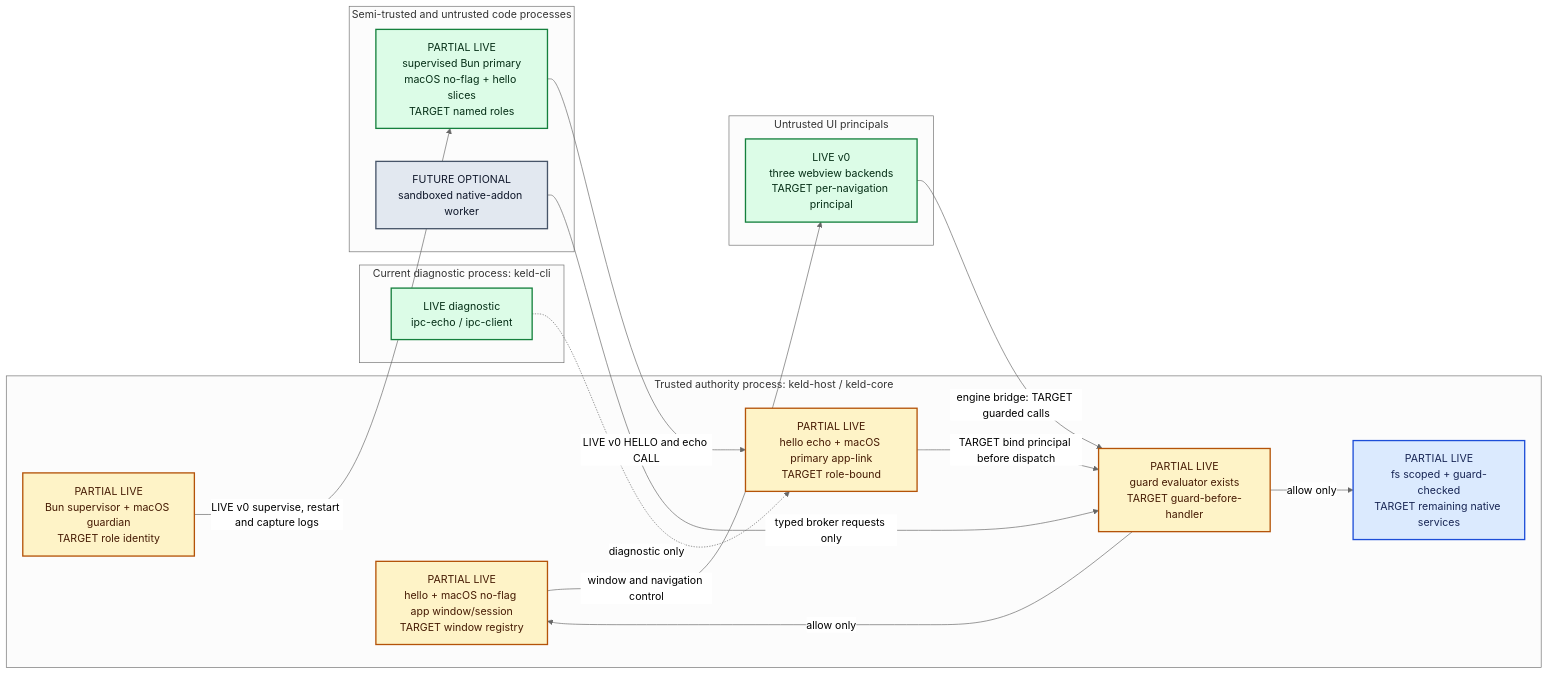
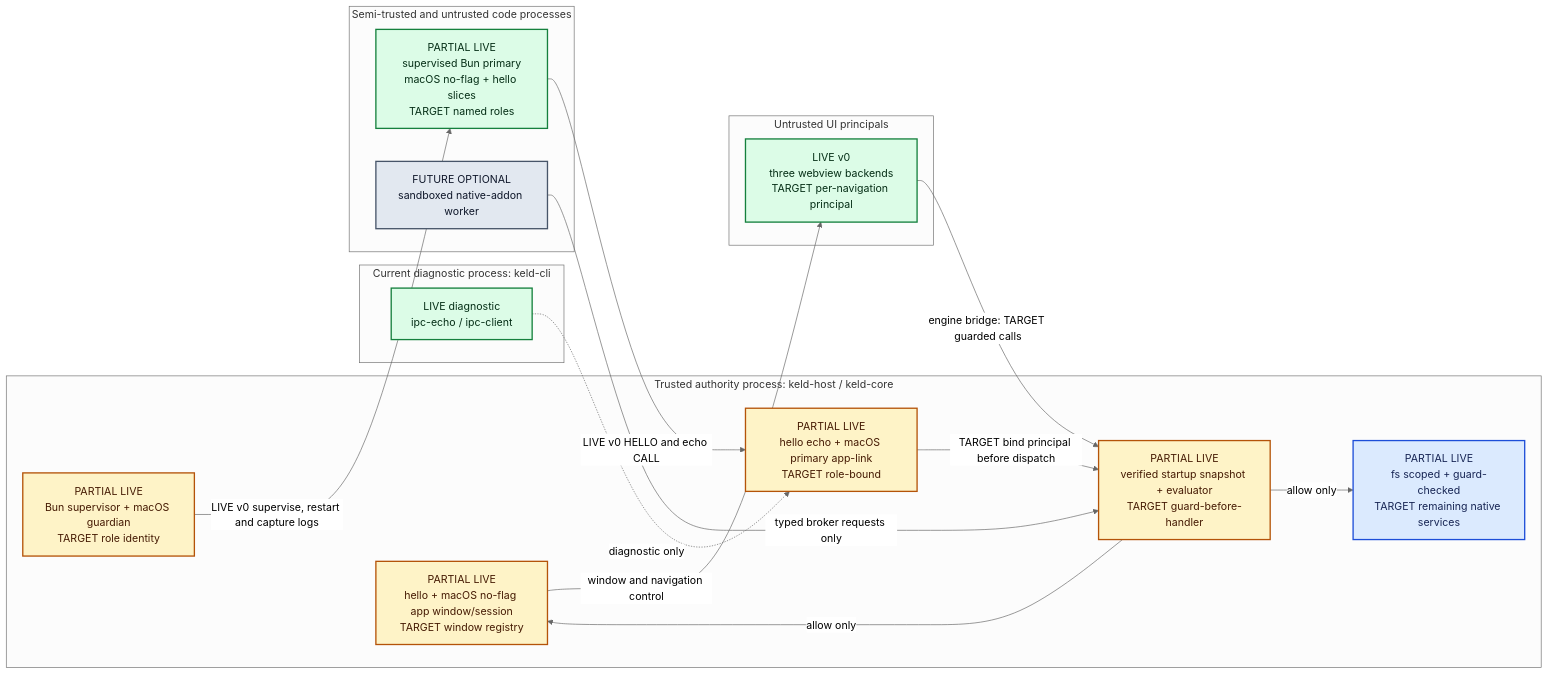
Before and after one commit to gyldlab/keld: the diagram in docs/architecture/01-overview.md, drawn with Mermaid (neutral theme). The commit also changed other lines of this file and 15 other files, not shown here.

First line of the commit message:
feat(guard): enforce verified host startup (#115)

````diff
--- a/docs/architecture/01-overview.md
+++ b/docs/architecture/01-overview.md
@@ -9,55 +9,56 @@
 ```mermaid
 flowchart LR
     accTitle: Keld process and trust topology
     accDescr {
       The trusted Rust host owns privileged resources and mediates webview and Bun-role
       requests. The live v0 slice has three webview backends, a guard evaluator, a
       host-owned token-authenticated echo link co-lived with the hello window (KEL-30),
-      the macOS no-flag validated host/window/primary-session slice (KEL-96 T1a/T1b),
+      the macOS no-flag validated host/window/primary-session slice (KEL-96 T1a/T1b)
+      with KEL-102/T2's verified immutable startup policy snapshot,
       KEL-70/KEL-116 supervision, and guard-checked scoped filesystem access (KEL-71).
       Full role-bound app-link identity, guarded role
       dispatch, the remaining native services, and an optional sandboxed native-addon
       worker remain destination behavior.
     }
 
     subgraph Host["Trusted authority process: keld-host / keld-core"]
         Core["PARTIAL LIVE<br/>hello + macOS no-flag app window/session<br/>TARGET window registry"]
         Link["PARTIAL LIVE<br/>hello echo + macOS primary app-link<br/>TARGET role-bound"]
-        Guard["PARTIAL LIVE<br/>guard evaluator exists<br/>TARGET guard-before-handler"]
+        Guard["PARTIAL LIVE<br/>verified startup snapshot + evaluator<br/>TARGET guard-before-handler"]
         Native["PARTIAL LIVE<br/>fs scoped + guard-checked<br/>TARGET remaining native services"]
         Runtime["PARTIAL LIVE<br/>Bun supervisor + macOS guardian<br/>TARGET role identity"]
     end
 
     subgraph Prototype["Current diagnostic process: keld-cli"]
         CliDiag["LIVE diagnostic<br/>ipc-echo / ipc-client"]
     end
 
     subgraph UI["Untrusted UI principals"]
         Webview["LIVE v0<br/>three webview backends<br/>TARGET per-navigation principal"]
     end
 
     subgraph JS["Semi-trusted and untrusted code processes"]
         App["PARTIAL LIVE<br/>supervised Bun primary<br/>macOS no-flag + hello slices<br/>TARGET named roles"]
         Addon["FUTURE OPTIONAL<br/>sandboxed native-addon worker"]
     end
 
     Runtime -->|LIVE v0 supervise, restart and capture logs| App
     App -->|LIVE v0 HELLO and echo CALL| Link
     CliDiag -.->|diagnostic only| Link
     Link -->|TARGET bind principal before dispatch| Guard
     Webview -->|engine bridge: TARGET guarded calls| Guard
     Addon -->|typed broker requests only| Guard
     Guard -->|allow only| Core
     Guard -->|allow only| Native
     Core -->|window and navigation control| Webview
 
     classDef current fill:#dcfce7,stroke:#15803d,color:#052e16,stroke-width:2px;
     classDef target fill:#dbeafe,stroke:#1d4ed8,color:#172554,stroke-width:2px;
     classDef gate fill:#fef3c7,stroke:#b45309,color:#451a03,stroke-width:2px;
     classDef external fill:#e2e8f0,stroke:#475569,color:#0f172a,stroke-width:2px;
 
     class Native target;
     class Core,Link,Runtime,Guard gate;
     class CliDiag,Webview,App current;
     class Addon external;
 ```
````
